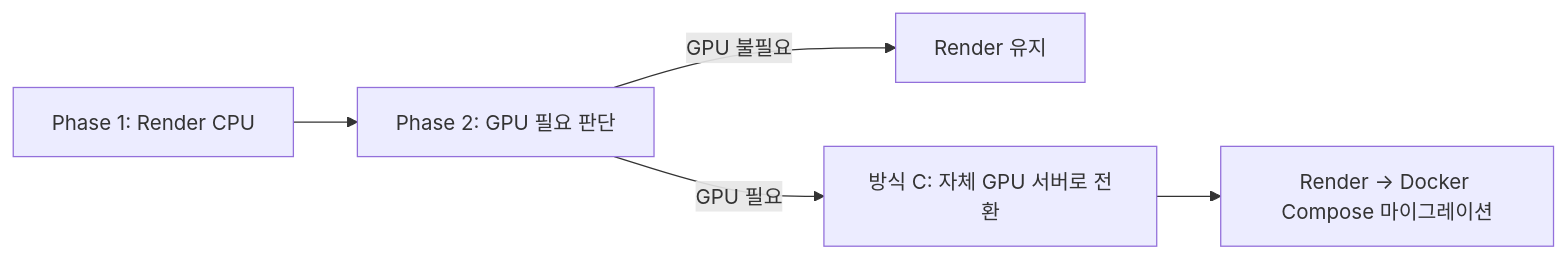
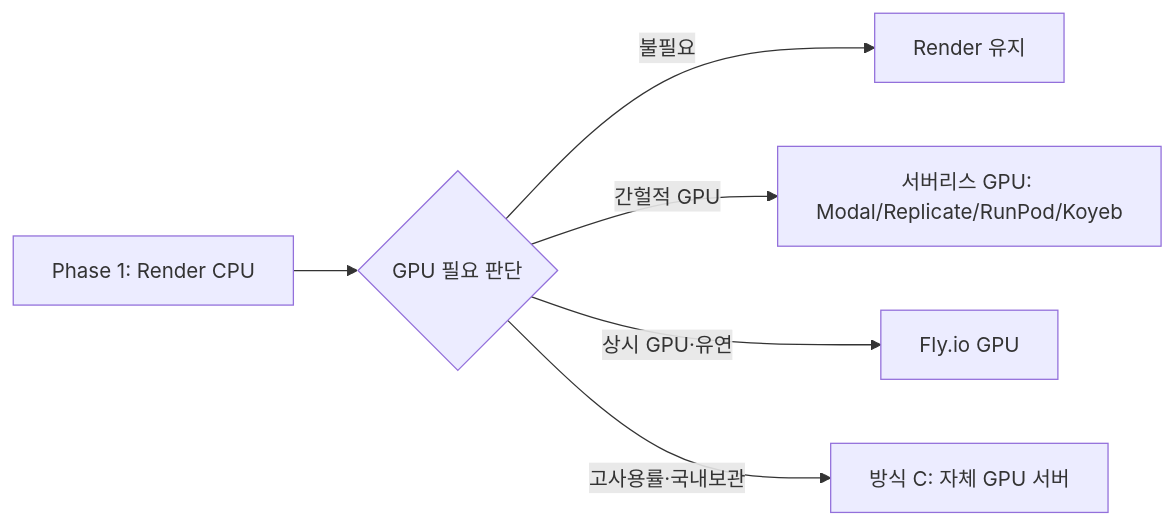
One commit to skygoldlee-cyber/SkinServer changed the fifth of 10 diagrams in docs/architecture/07_서버구성_방식별_장단점_분석.md. Above: the diagram before and after it, drawn with Mermaid. The commit also changed other lines of this file, not shown here.

Commit message:
docs: Expand server architecture comparison analysis

````diff
--- a/docs/architecture/07_서버구성_방식별_장단점_분석.md
+++ b/docs/architecture/07_서버구성_방식별_장단점_분석.md
@@ -331,7 +337,8 @@
 ```mermaid
 flowchart LR
-    A[Phase 1: Render CPU] --> B[Phase 2: GPU 필요 판단]
-    B -->|GPU 불필요| C[Render 유지]
-    B -->|GPU 필요| D[방식 C: 자체 GPU 서버로 전환]
-    D --> E[Render → Docker Compose 마이그레이션]
+    A[Phase 1: Render CPU] --> B{GPU 필요 판단}
+    B -->|불필요| C[Render 유지]
+    B -->|간헐적 GPU| S[서버리스 GPU: Modal/Replicate/RunPod/Koyeb]
+    B -->|상시 GPU·유연| F[Fly.io GPU]
+    B -->|고사용률·국내보관| D[방식 C: 자체 GPU 서버]
 ```
````
